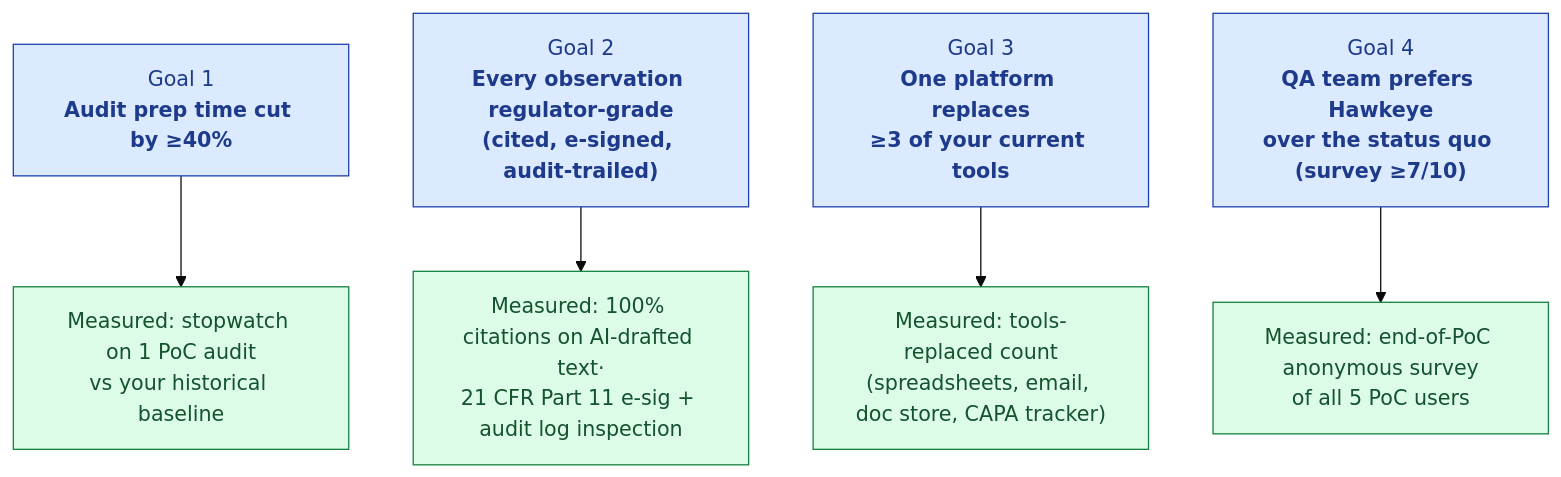
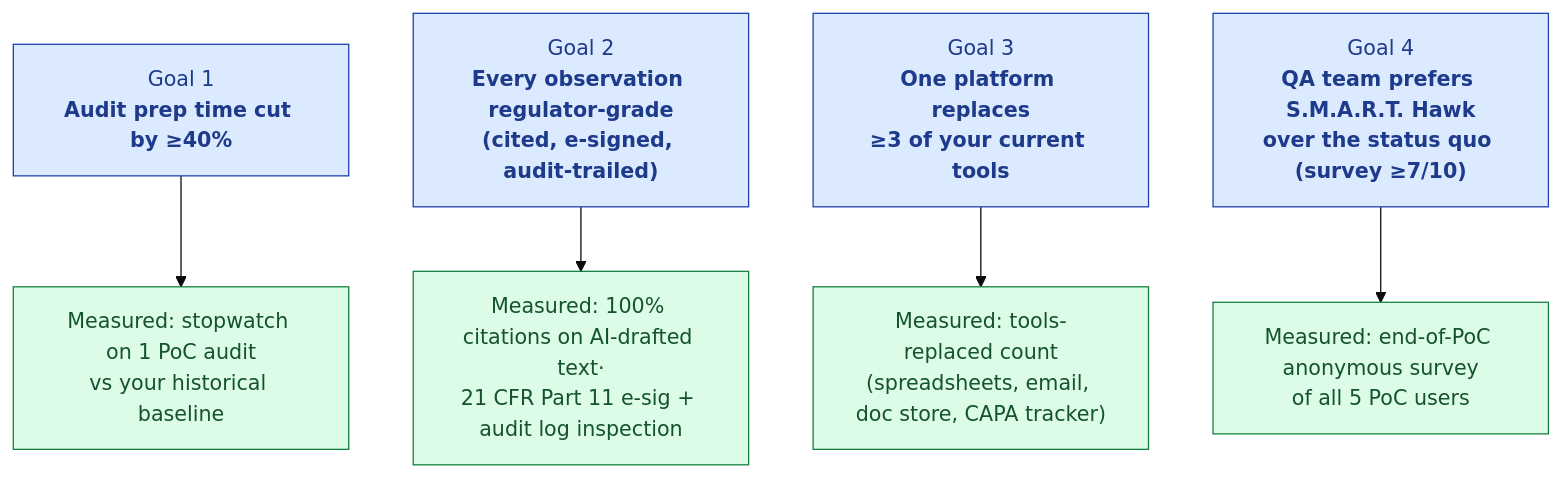
Before and after one commit to hawkeyetransact-dotcom/doc_v2: the third of 9 diagrams in 09-sales-marketing/pitch-materials/POC-PITCH-DECK.md, drawn with Mermaid (base theme). The commit also changed other lines of this file and 105 other files, not shown here.

First line of the commit message:
Rebrand docs: Hawkeye -> S.M.A.R.T. Hawk; S.M.A.R.T. five-pillar pipeline

````diff
--- a/09-sales-marketing/pitch-materials/POC-PITCH-DECK.md
+++ b/09-sales-marketing/pitch-materials/POC-PITCH-DECK.md
@@ -172,20 +172,20 @@
 ```mermaid
 flowchart TB
     classDef goal fill:#DBEAFE,stroke:#1E40AF,color:#1E3A8A
     classDef metric fill:#DCFCE7,stroke:#15803D,color:#14532D
 
     G1["Goal 1<br/><b>Audit prep time cut by ≥40%</b>"]:::goal
     G2["Goal 2<br/><b>Every observation regulator-grade<br/>(cited, e-signed, audit-trailed)</b>"]:::goal
     G3["Goal 3<br/><b>One platform replaces<br/>≥3 of your current tools</b>"]:::goal
-    G4["Goal 4<br/><b>QA team prefers Hawkeye<br/>over the status quo (survey ≥7/10)</b>"]:::goal
+    G4["Goal 4<br/><b>QA team prefers S.M.A.R.T. Hawk<br/>over the status quo (survey ≥7/10)</b>"]:::goal
 
     M1["Measured: stopwatch on 1 PoC audit<br/>vs your historical baseline"]:::metric
     M2["Measured: 100% citations on AI-drafted text·<br/>21 CFR Part 11 e-sig + audit log inspection"]:::metric
     M3["Measured: tools-replaced count<br/>(spreadsheets, email, doc store, CAPA tracker)"]:::metric
     M4["Measured: end-of-PoC anonymous survey<br/>of all 5 PoC users"]:::metric
 
     G1 --> M1
     G2 --> M2
     G3 --> M3
     G4 --> M4
 ```
````
